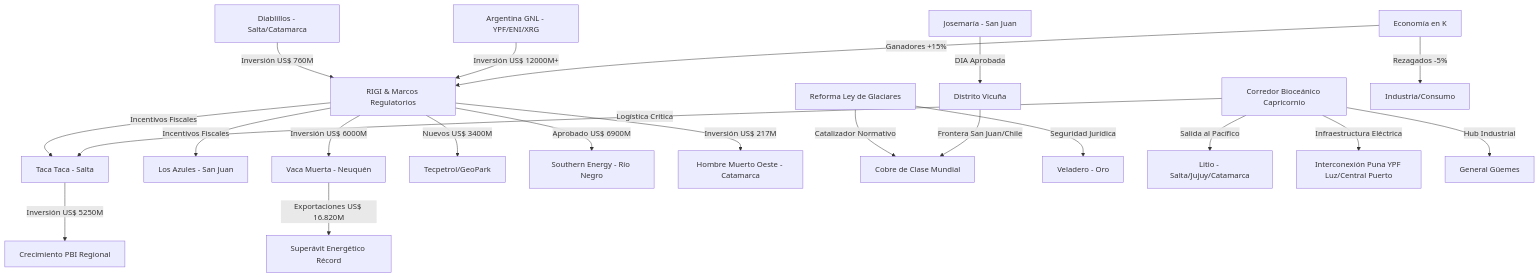
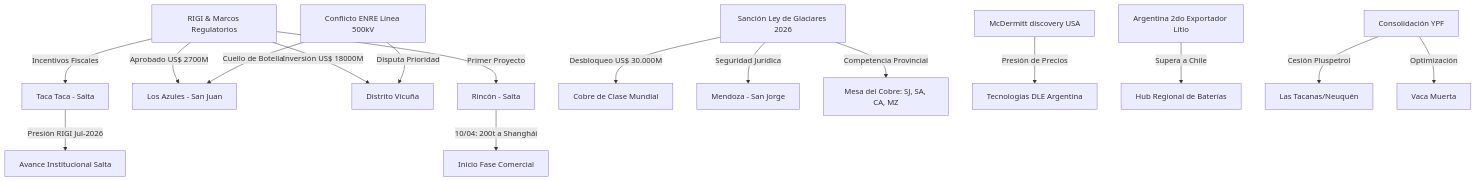
The diagram in wiki/03 Analysis/Oportunidades y Conexiones.md (GustavoDago/argentina-mining-vault), drawn with Mermaid before and after one commit. The commit also changed other lines of this file and 11 other files, not shown here.

Commit message:
chore: daily update 2026-04-10 - mining and energy argentina

````diff
--- a/wiki/03 Analysis/Oportunidades y Conexiones.md
+++ b/wiki/03 Analysis/Oportunidades y Conexiones.md
@@ -29,29 +26,23 @@
 ```mermaid
 graph TD
     RIGI[RIGI & Marcos Regulatorios] --> |Incentivos Fiscales| TacaTaca[Taca Taca - Salta]
-    RIGI --> |Incentivos Fiscales| LosAzules[Los Azules - San Juan]
-    RIGI --> |Inversión US$ 6000M| VacaMuerta[Vaca Muerta - Neuquén]
-    RIGI --> |Nuevos US$ 3400M| VMNuevos[Tecpetrol/GeoPark]
-    RIGI --> |Aprobado US$ 6900M| Southern[Southern Energy - Río Negro]
-    RIGI --> |Inversión US$ 217M| HMW[Hombre Muerto Oeste - Catamarca]
+    RIGI --> |Aprobado US$ 2700M| LosAzules[Los Azules - San Juan]
+    RIGI --> |Inversión US$ 18000M| Vicuña[Distrito Vicuña]
+    RIGI --> |Primer Proyecto| Rincon[Rincón - Salta]
 
-    LG[Reforma Ley de Glaciares] --> |Catalizador Normativo| Cobre[Cobre de Clase Mundial]
-    LG --> |Seguridad Jurídica| Veladero[Veladero - Oro]
+    LG[Sanción Ley de Glaciares 2026] --> |Desbloqueo US$ 30.000M| Cobre[Cobre de Clase Mundial]
+    LG --> |Seguridad Jurídica| Mendoza[Mendoza - San Jorge]
+    LG --> |Competencia Provincial| MesaCobre[Mesa del Cobre: SJ, SA, CA, MZ]
 
-    CBC[Corredor Bioceánico Capricornio] --> |Logística Crítica| TacaTaca
-    CBC --> |Salida al Pacífico| Litio[Litio - Salta/Jujuy/Catamarca]
-    CBC --> |Infraestructura Eléctrica| PunaEnergy[Interconexión Puna YPF Luz/Central Puerto]
-    CBC --> |Hub Industrial| Guemes[General Güemes]
+    LitioGlobal[McDermitt discovery USA] --> |Presión de Precios| Eficiencia[Tecnologías DLE Argentina]
+    Arg2nd[Argentina 2do Exportador Litio] --> |Supera a Chile| Geopolitica[Hub Regional de Baterías]
 
-    Diablillos[Diablillos - Salta/Catamarca] --> |Inversión US$ 760M| RIGI
-    ArgGNL[Argentina GNL - YPF/ENI/XRG] --> |Inversión US$ 12000M+| RIGI
+    ENRE[Conflicto ENRE Línea 500kV] --> |Cuello de Botella| LosAzules
+    ENRE --> |Disputa Prioridad| Vicuña
 
-    TacaTaca --> |Inversión US$ 5250M| PBI_Salta[Crecimiento PBI Regional]
-    VacaMuerta --> |Exportaciones US$ 16.820M| ExportEnergy[Superávit Energético Récord]
+    YPF[Consolidación YPF] --> |Cesión Pluspetrol| Tacanas[Las Tacanas/Neuquén]
+    YPF --> |Optimización| VacaMuerta[Vaca Muerta]
 
-    Josemaria[Josemaría - San Juan] --> |DIA Aprobada| Vicuña[Distrito Vicuña]
-    Vicuña --> |Frontera San Juan/Chile| Cobre
-
-    K_Econ[Economía en K] --> |Ganadores +15%| RIGI
-    K_Econ --> |Rezagados -5%| MercadoInterno[Industria/Consumo]
+    Rincon --> |10/04: 200t a Shanghái| ExportLithium[Inicio Fase Comercial]
+    TacaTaca --> |Presión RIGI Jul-2026| SenadoSalta[Avance Institucional Salta]
 ```
````
